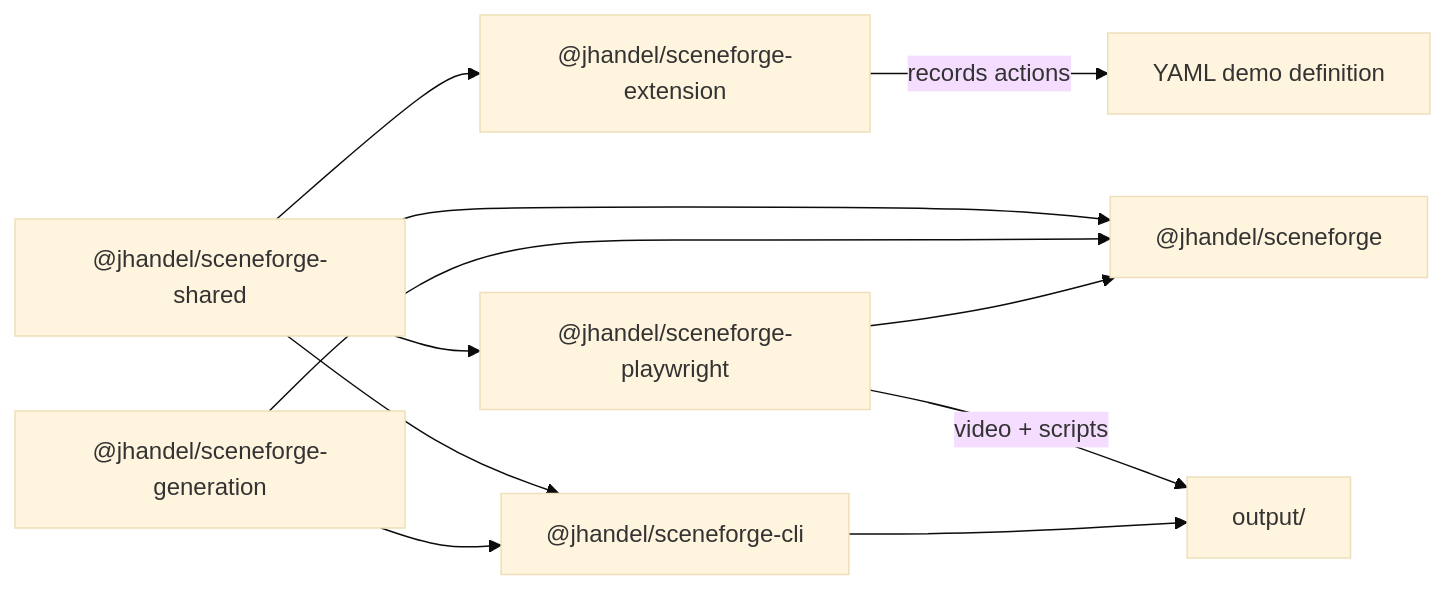
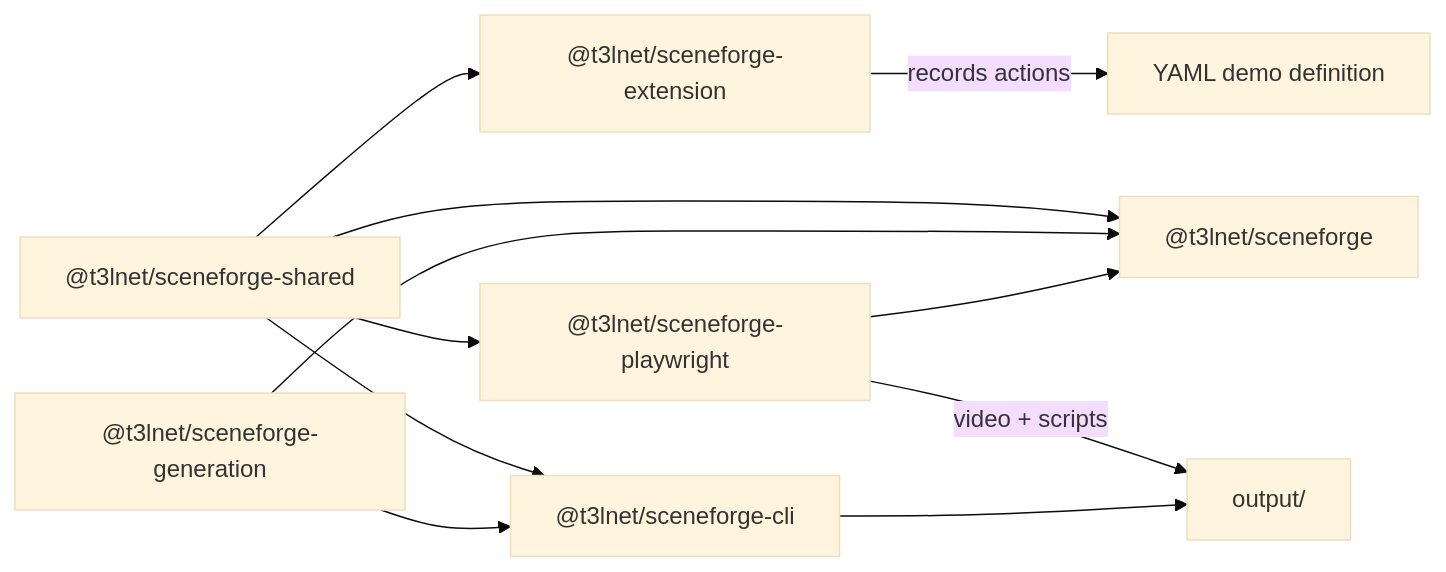
Before and after one commit to jhandel/sceneforge: the first of 2 diagrams in README.md, drawn with Mermaid (base theme). The commit also changed other lines of this file and 24 other files, not shown here.

````diff
--- a/README.md
+++ b/README.md
@@ -17,13 +17,13 @@
 ```mermaid
 flowchart LR
-  Extension["@jhandel/sceneforge-extension"] -->|"records actions"| YAML["YAML demo definition"]
-  Shared["@jhandel/sceneforge-shared"] --> Extension
-  Shared --> Playwright["@jhandel/sceneforge-playwright"]
-  Shared --> CLI["@jhandel/sceneforge-cli"]
-  Generation["@jhandel/sceneforge-generation"] --> CLI
-  Shared --> Library["@jhandel/sceneforge"]
+  Extension["@t3lnet/sceneforge-extension"] -->|"records actions"| YAML["YAML demo definition"]
+  Shared["@t3lnet/sceneforge-shared"] --> Extension
+  Shared --> Playwright["@t3lnet/sceneforge-playwright"]
+  Shared --> CLI["@t3lnet/sceneforge-cli"]
+  Generation["@t3lnet/sceneforge-generation"] --> CLI
+  Shared --> Library["@t3lnet/sceneforge"]
   Generation --> Library
   Playwright --> Library
   Playwright -->|"video + scripts"| Output["output/"]
   CLI --> Output
 ```
````
